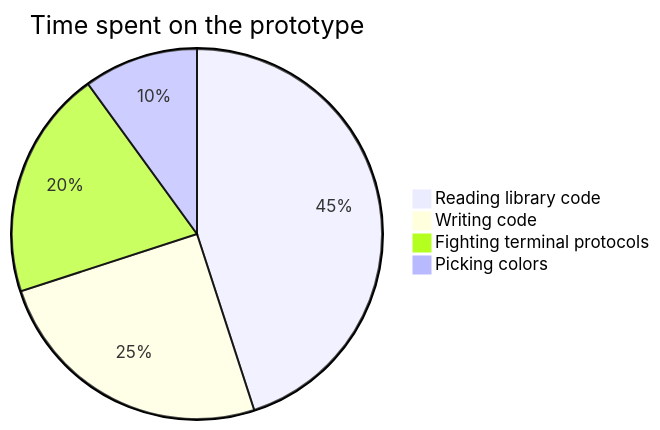
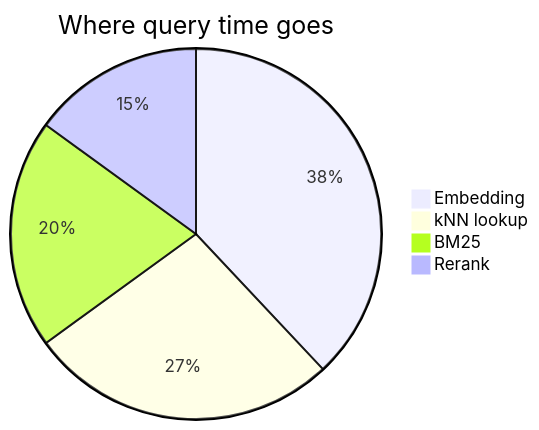
One commit to luizbafilho/markview changed the fourth of 4 diagrams in sample.md. Above: the diagram before and after it, drawn with Mermaid. The commit also changed other lines of this file and 9 other files, not shown here.

````diff
--- a/sample.md
+++ b/sample.md
@@ -261,7 +89,7 @@
 ```mermaid
-pie title Time spent on the prototype
-    "Reading library code" : 45
-    "Writing code" : 25
-    "Fighting terminal protocols" : 20
-    "Picking colors" : 10
+pie title Where query time goes
+    "Embedding" : 38
+    "kNN lookup" : 27
+    "BM25" : 20
+    "Rerank" : 15
 ```
````
